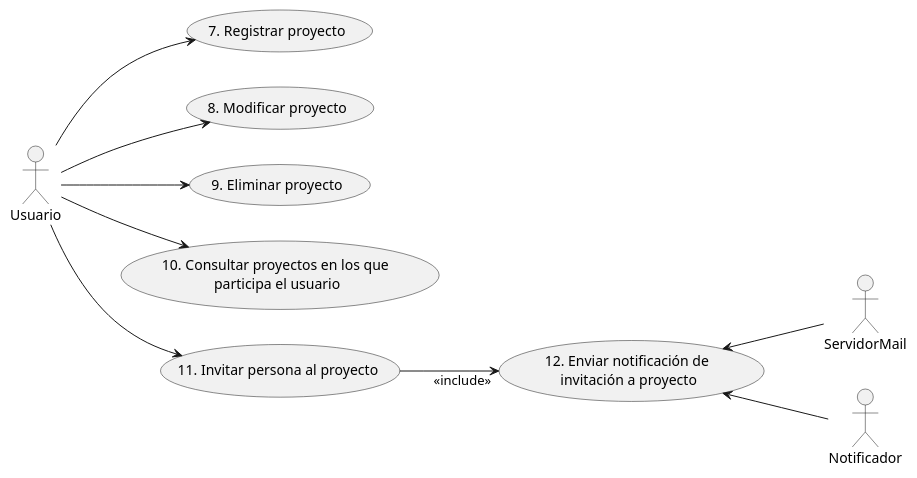
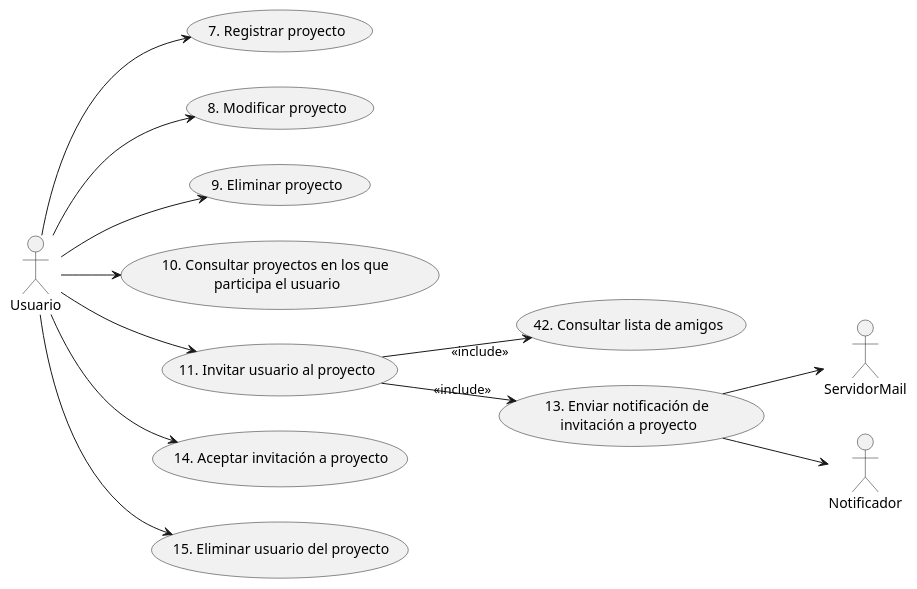
Before and after one commit to ciggyx/Task_Flow: the second of 8 diagrams in Modelado/DiagramasCU.plantuml, drawn with PlantUML. The commit also changed other lines of this file and 9 other files, not shown here.

Commit message:
chore(diagrama-cu): actualizado los cu

```diff
--- a/Modelado/DiagramasCU.plantuml
+++ b/Modelado/DiagramasCU.plantuml
@@ -19,15 +24,18 @@
 @startuml CU_Gestion_Proyectos
 left to right direction
 actor :Usuario: as U
 actor :ServidorMail: as ES
 actor :Notificador: as N
 
 U --> (7. Registrar proyecto)
 U --> (8. Modificar proyecto)
 U --> (9. Eliminar proyecto)
 U --> (10. Consultar proyectos en los que \nparticipa el usuario)
-U --> (11. Invitar persona al proyecto)
-(11. Invitar persona al proyecto) --> "<<include>>" (12. Enviar notificación de \ninvitación a proyecto)
-(12. Enviar notificación de \ninvitación a proyecto) <-- N
-(12. Enviar notificación de \ninvitación a proyecto) <-- ES
+U --> (11. Invitar usuario al proyecto)
+(11. Invitar usuario al proyecto) --> "<<include>>" (42. Consultar lista de amigos)
+(11. Invitar usuario al proyecto) --> "<<include>>" (13. Enviar notificación de \ninvitación a proyecto)
+(13. Enviar notificación de \ninvitación a proyecto) --> N
+(13. Enviar notificación de \ninvitación a proyecto) --> ES
+U --> ( 14. Aceptar invitación a proyecto)
+U --> ( 15. Eliminar usuario del proyecto)
 @enduml
```
